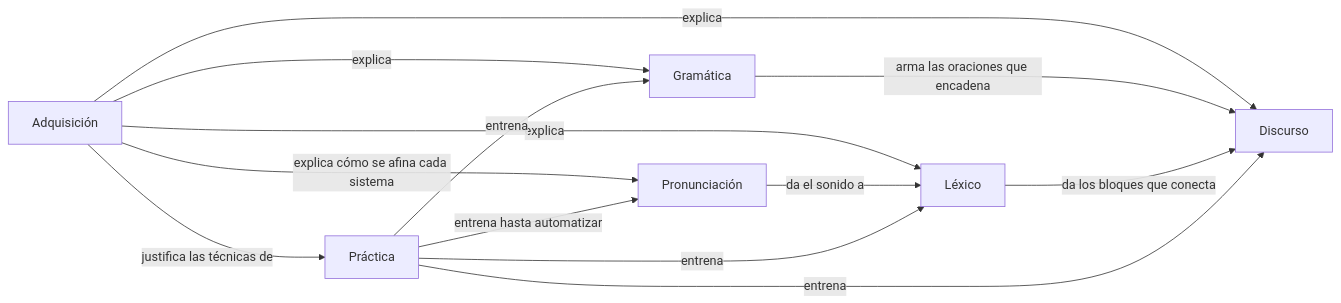
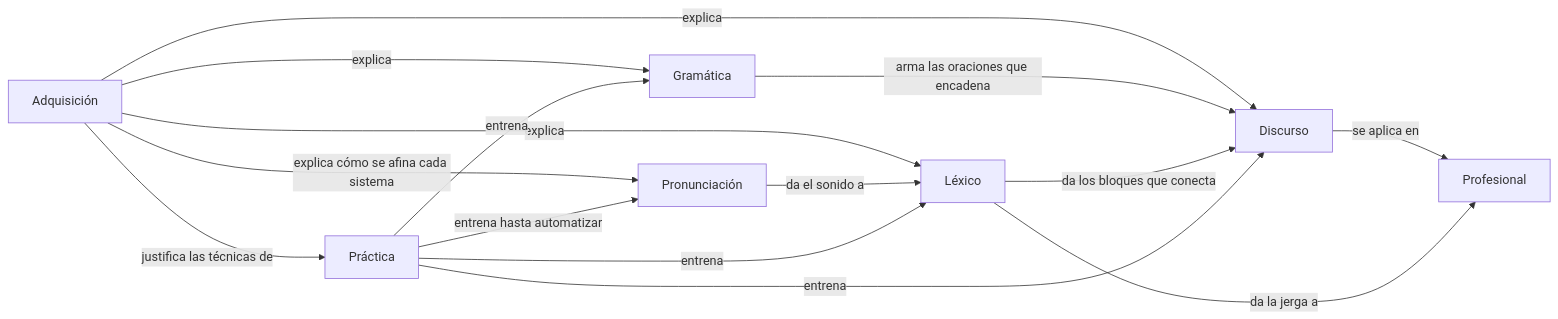
The diagram in Ingles/ingles.md (mtsdlf/conocimiento), drawn with Mermaid before and after one commit. The commit also changed other lines of this file and 17 other files, not shown here.

````diff
--- a/Ingles/ingles.md
+++ b/Ingles/ingles.md
@@ -42,15 +42,17 @@
 ```mermaid
 flowchart LR
   AD[Adquisición] -->|explica cómo se afina cada sistema| PR[Pronunciación]
   AD -->|explica| GR[Gramática]
   AD -->|explica| LE[Léxico]
   AD -->|explica| DI[Discurso]
   AD -->|justifica las técnicas de| PA[Práctica]
   PR -->|da el sonido a| LE
   GR -->|arma las oraciones que encadena| DI
   LE -->|da los bloques que conecta| DI
   PA -->|entrena hasta automatizar| PR
   PA -->|entrena| GR
   PA -->|entrena| LE
   PA -->|entrena| DI
+  DI -->|se aplica en| PF[Profesional]
+  LE -->|da la jerga a| PF
 ```
````
